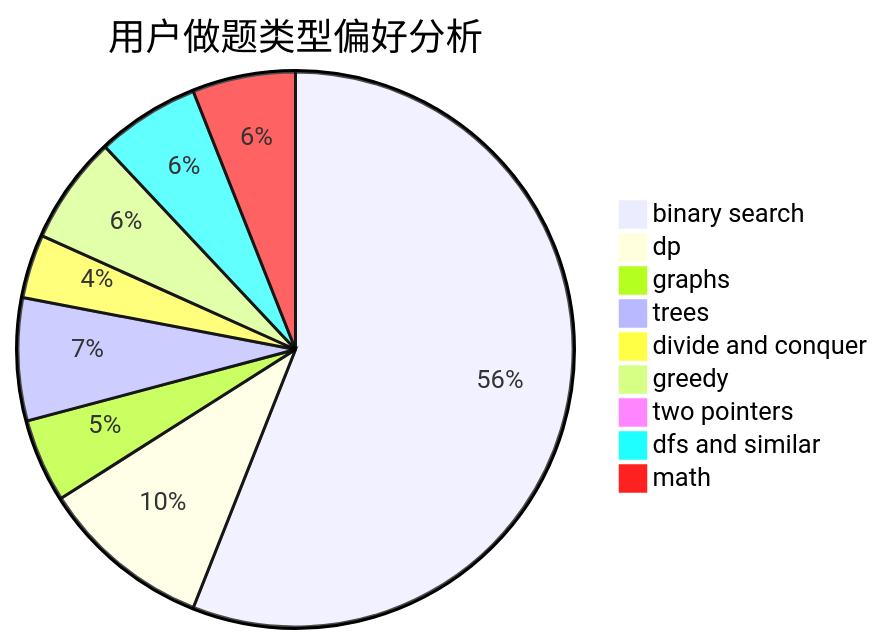
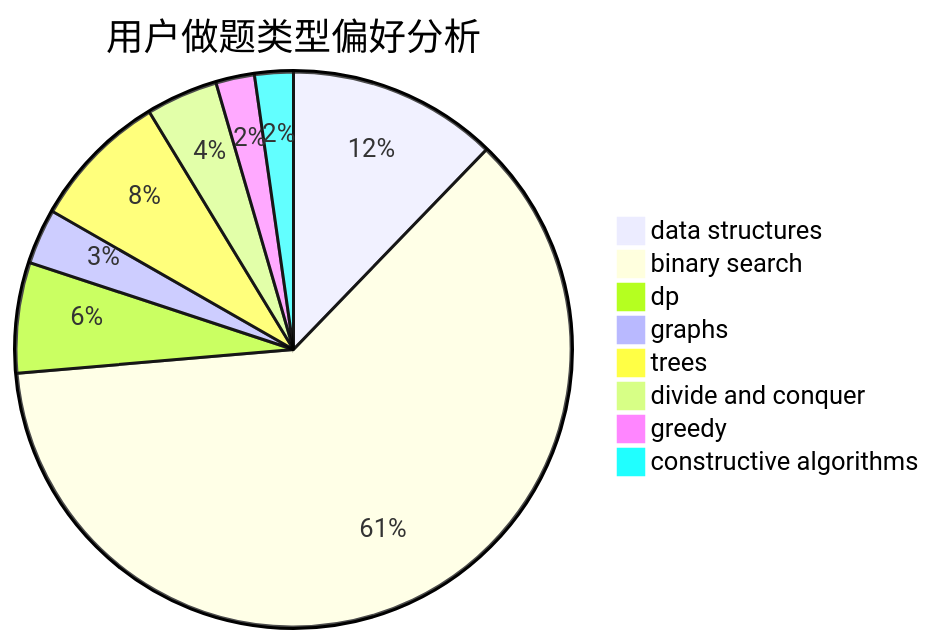
One commit to sherpahu/cfrs.github.io changed the second of 3 diagrams in docs/user/u2406.md. Above: the diagram before and after it, drawn with Mermaid. The commit also changed other lines of this file and 2775 other files, not shown here.

````diff
--- a/docs/user/u2406.md
+++ b/docs/user/u2406.md
@@ -23,12 +23,11 @@
 ```mermaid
 pie title 用户做题类型偏好分析
-    "binary search" :  196
-    "dp" :  35
-    "graphs" :  17
+    "data structures" :  38
+    "binary search" :  191
+    "dp" :  20
+    "graphs" :  10
     "trees" :  25
     "divide and conquer" :  13
-    "greedy" :  22
-    "two pointers" :  0
-    "dfs and similar" :  21
-    "math" :  21
+    "greedy" :  7
+    "constructive algorithms" :  7
 ```
````
